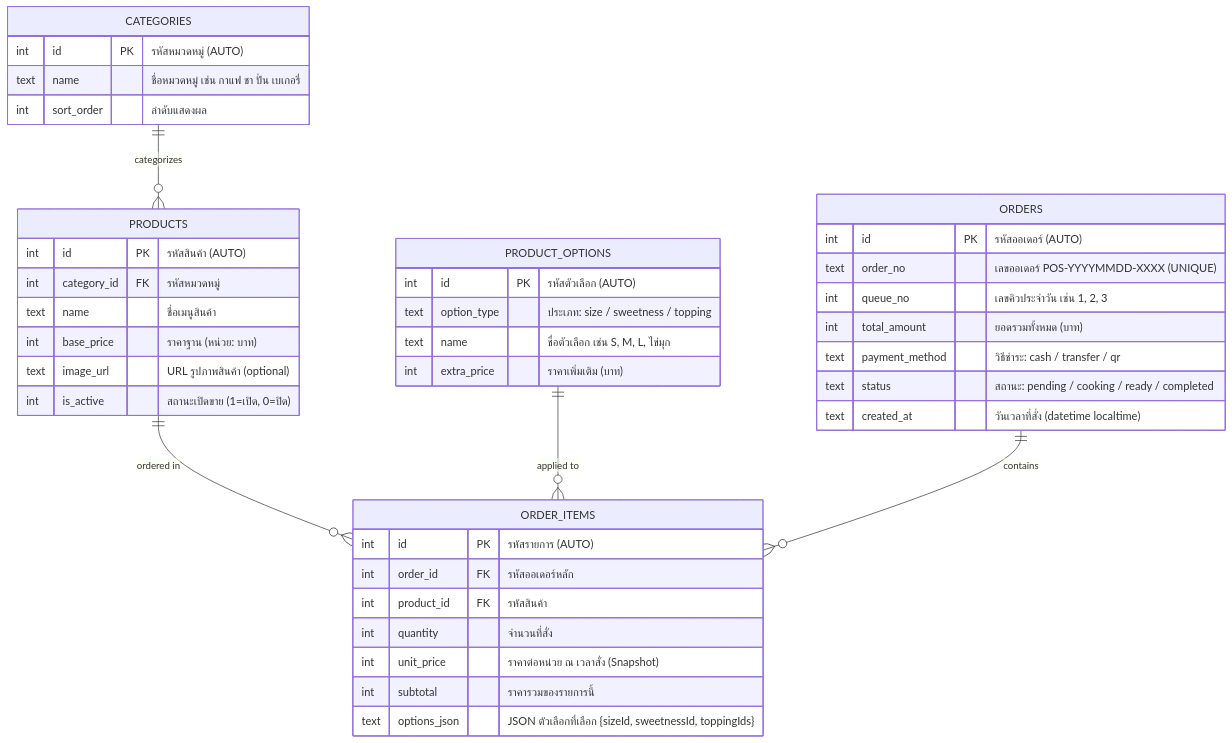
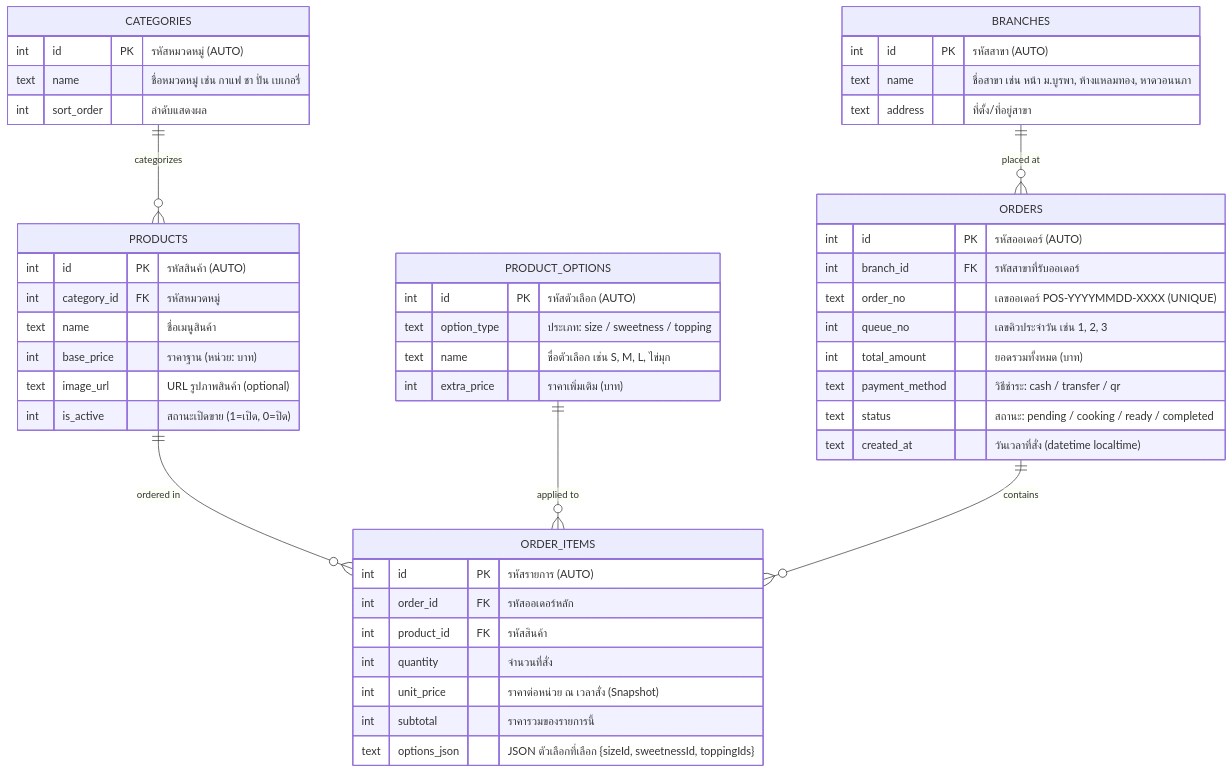
The diagram in docs/wk07-er-diagram.md (Wara197/khon-thai-ok-ma-bon-si-farang-ok-ma-bon-su-cafe-system), drawn with Mermaid before and after one commit. The commit also changed other lines of this file and 11 other files, not shown here.

````diff
--- a/docs/wk07-er-diagram.md
+++ b/docs/wk07-er-diagram.md
@@ -10,49 +10,57 @@
 ```mermaid
 erDiagram
+    BRANCHES ||--o{ ORDERS : "placed at"
     CATEGORIES ||--o{ PRODUCTS : categorizes
     PRODUCTS ||--o{ ORDER_ITEMS : "ordered in"
     PRODUCT_OPTIONS ||--o{ ORDER_ITEMS : "applied to"
     ORDERS ||--o{ ORDER_ITEMS : contains
+
+    BRANCHES {
+        int id PK "รหัสสาขา (AUTO)"
+        text name "ชื่อสาขา เช่น หน้า ม.บูรพา, ห้างแหลมทอง, หาดวอนนภา"
+        text address "ที่ตั้ง/ที่อยู่สาขา"
+    }
 
     CATEGORIES {
         int id PK "รหัสหมวดหมู่ (AUTO)"
         text name "ชื่อหมวดหมู่ เช่น กาแฟ ชา ปั่น เบเกอรี่"
         int sort_order "ลำดับแสดงผล"
     }
 
     PRODUCTS {
         int id PK "รหัสสินค้า (AUTO)"
         int category_id FK "รหัสหมวดหมู่"
         text name "ชื่อเมนูสินค้า"
         int base_price "ราคาฐาน (หน่วย: บาท)"
         text image_url "URL รูปภาพสินค้า (optional)"
         int is_active "สถานะเปิดขาย (1=เปิด, 0=ปิด)"
     }
 
     PRODUCT_OPTIONS {
         int id PK "รหัสตัวเลือก (AUTO)"
         text option_type "ประเภท: size / sweetness / topping"
         text name "ชื่อตัวเลือก เช่น S, M, L, ไข่มุก"
         int extra_price "ราคาเพิ่มเติม (บาท)"
     }
 
     ORDERS {
         int id PK "รหัสออเดอร์ (AUTO)"
+        int branch_id FK "รหัสสาขาที่รับออเดอร์"
         text order_no "เลขออเดอร์ POS-YYYYMMDD-XXXX (UNIQUE)"
         int queue_no "เลขคิวประจำวัน เช่น 1, 2, 3"
         int total_amount "ยอดรวมทั้งหมด (บาท)"
         text payment_method "วิธีชำระ: cash / transfer / qr"
         text status "สถานะ: pending / cooking / ready / completed"
         text created_at "วันเวลาที่สั่ง (datetime localtime)"
     }
 
     ORDER_ITEMS {
         int id PK "รหัสรายการ (AUTO)"
         int order_id FK "รหัสออเดอร์หลัก"
         int product_id FK "รหัสสินค้า"
         int quantity "จำนวนที่สั่ง"
         int unit_price "ราคาต่อหน่วย ณ เวลาสั่ง (Snapshot)"
         int subtotal "ราคารวมของรายการนี้"
         text options_json "JSON ตัวเลือกที่เลือก {sizeId, sweetnessId, toppingIds}"
     }
 ```
````
